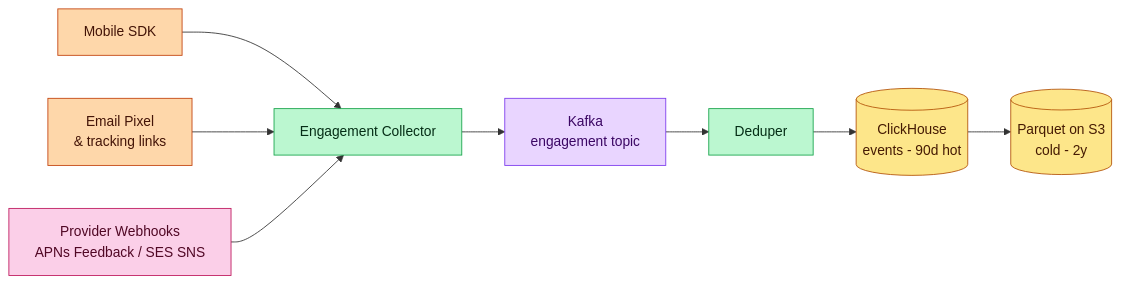
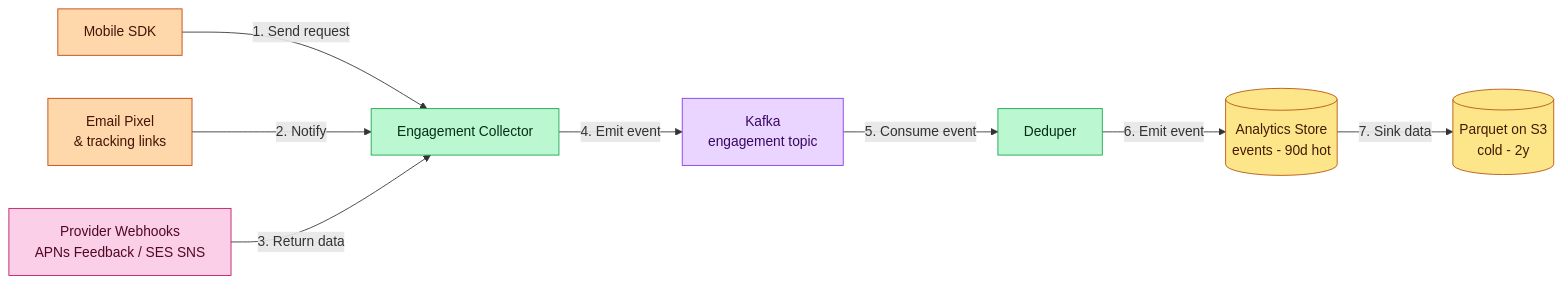
Before and after one commit to iluzn/HLD-Designs: diagram 11 of 16 in content/hld/NotificationSystem.md, drawn with Mermaid. The commit also changed other lines of this file and 27 other files, not shown here.

````diff
--- a/content/hld/NotificationSystem.md
+++ b/content/hld/NotificationSystem.md
@@ -818,25 +818,25 @@
 ```mermaid
 flowchart LR
     APP["Mobile SDK"]:::client
     EMAIL["Email Pixel<br/>& tracking links"]:::client
     PROVIDER["Provider Webhooks<br/>APNs Feedback / SES SNS"]:::external
     COLLECT["Engagement Collector"]:::service
     KAFKA["Kafka<br/>engagement topic"]:::async
     DEDUP["Deduper"]:::service
-    DWH[("ClickHouse<br/>events - 90d hot")]:::data
+    DWH[("Analytics Store<br/>events - 90d hot")]:::data
     COLD[("Parquet on S3<br/>cold - 2y")]:::data
 
-    APP --> COLLECT
-    EMAIL --> COLLECT
-    PROVIDER --> COLLECT
-    COLLECT --> KAFKA
-    KAFKA --> DEDUP
-    DEDUP --> DWH
-    DWH --> COLD
+    APP -->|"1. Send request"| COLLECT
+    EMAIL -->|"2. Notify"| COLLECT
+    PROVIDER -->|"3. Return data"| COLLECT
+    COLLECT -->|"4. Emit event"| KAFKA
+    KAFKA -->|"5. Consume event"| DEDUP
+    DEDUP -->|"6. Emit event"| DWH
+    DWH -->|"7. Sink data"| COLD
 
     classDef client fill:#fed7aa,stroke:#c2410c,color:#431407
     classDef service fill:#bbf7d0,stroke:#16a34a,color:#052e16
     classDef async fill:#e9d5ff,stroke:#7c3aed,color:#3b0764
     classDef data fill:#fde68a,stroke:#b45309,color:#451a03
     classDef external fill:#fbcfe8,stroke:#be185d,color:#500724
 ```
````
